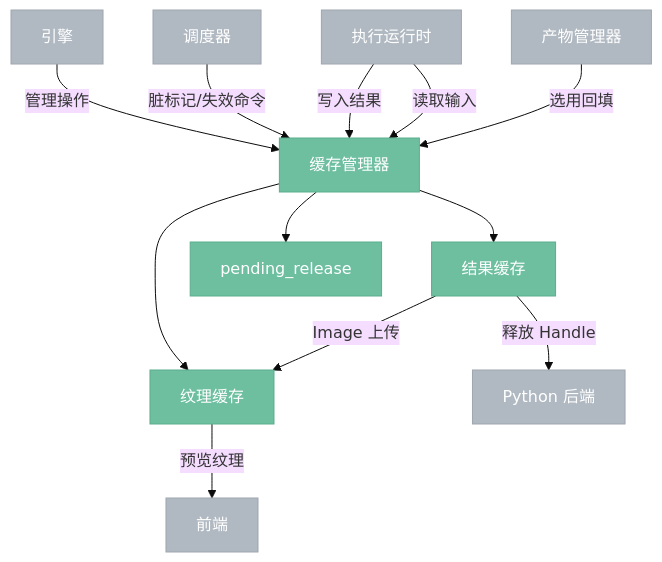
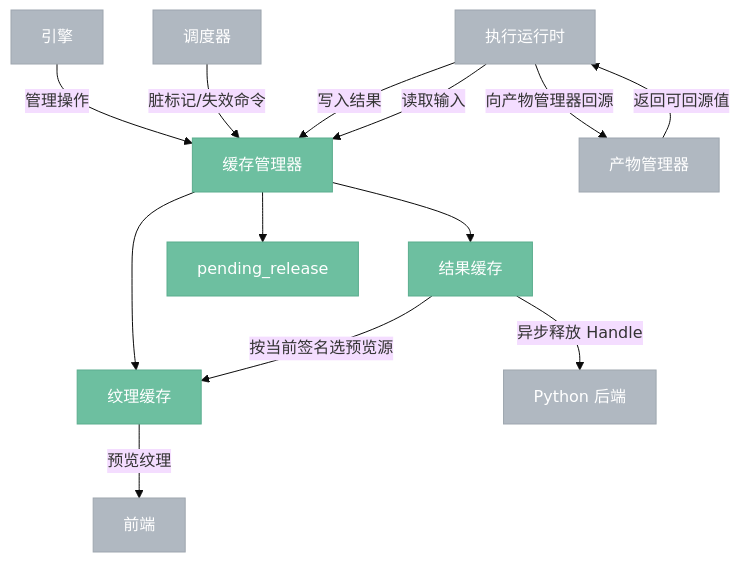
One commit to aporicho/nodeimg changed the first of 5 diagrams in docs/target/4.5.0-cache.impl.md. Above: the diagram before and after it, drawn with Mermaid (base theme). The commit also changed other lines of this file and 29 other files, not shown here.

````diff
--- a/docs/target/4.5.0-cache.impl.md
+++ b/docs/target/4.5.0-cache.impl.md
@@ -7,20 +7,21 @@
 ```mermaid
 %%{ init: { 'flowchart': { 'curve': 'basis' } } }%%
 flowchart TB
     classDef internal fill:#6DBFA0,stroke:#5BAD8E,color:#fff
     classDef external fill:#B0B8C1,stroke:#9EA6AF,color:#fff
 
     引擎["引擎"]:::external -->|"管理操作"| 缓存["缓存管理器"]:::internal
     调度器["调度器"]:::external -->|"脏标记/失效命令"| 缓存
     运行时["执行运行时"]:::external -->|"写入结果"| 缓存
     运行时 -->|"读取输入"| 缓存
-    产物["产物管理器"]:::external -->|"选用回填"| 缓存
+    运行时 -->|"向产物管理器回源"| 产物["产物管理器"]:::external
+    产物 -->|"返回可回源值"| 运行时
 
     缓存 --> 结果缓存["结果缓存"]:::internal
     缓存 --> 纹理缓存["纹理缓存"]:::internal
     缓存 --> 释放队列["pending_release"]:::internal
 
-    结果缓存 -->|"Image 上传"| 纹理缓存
-    结果缓存 -->|"释放 Handle"| Python["Python 后端"]:::external
+    结果缓存 -->|"按当前签名选预览源"| 纹理缓存
+    结果缓存 -->|"异步释放 Handle"| Python["Python 后端"]:::external
     纹理缓存 -->|"预览纹理"| 前端["前端"]:::external
 ```
````
